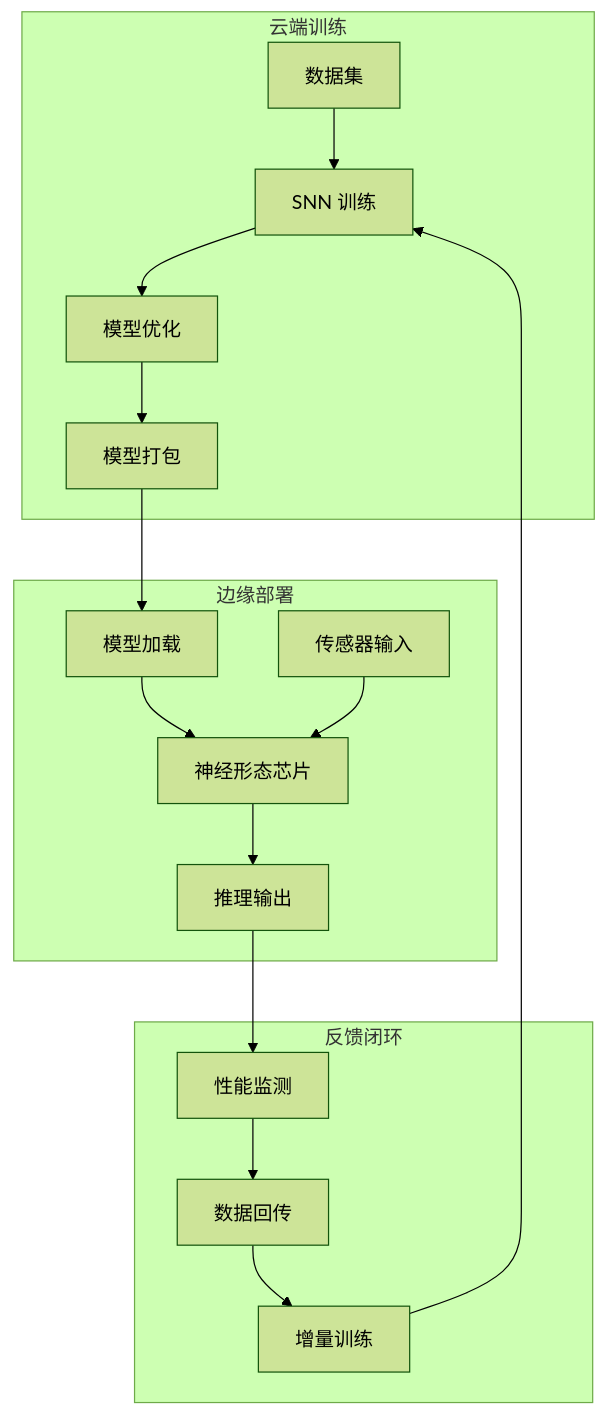
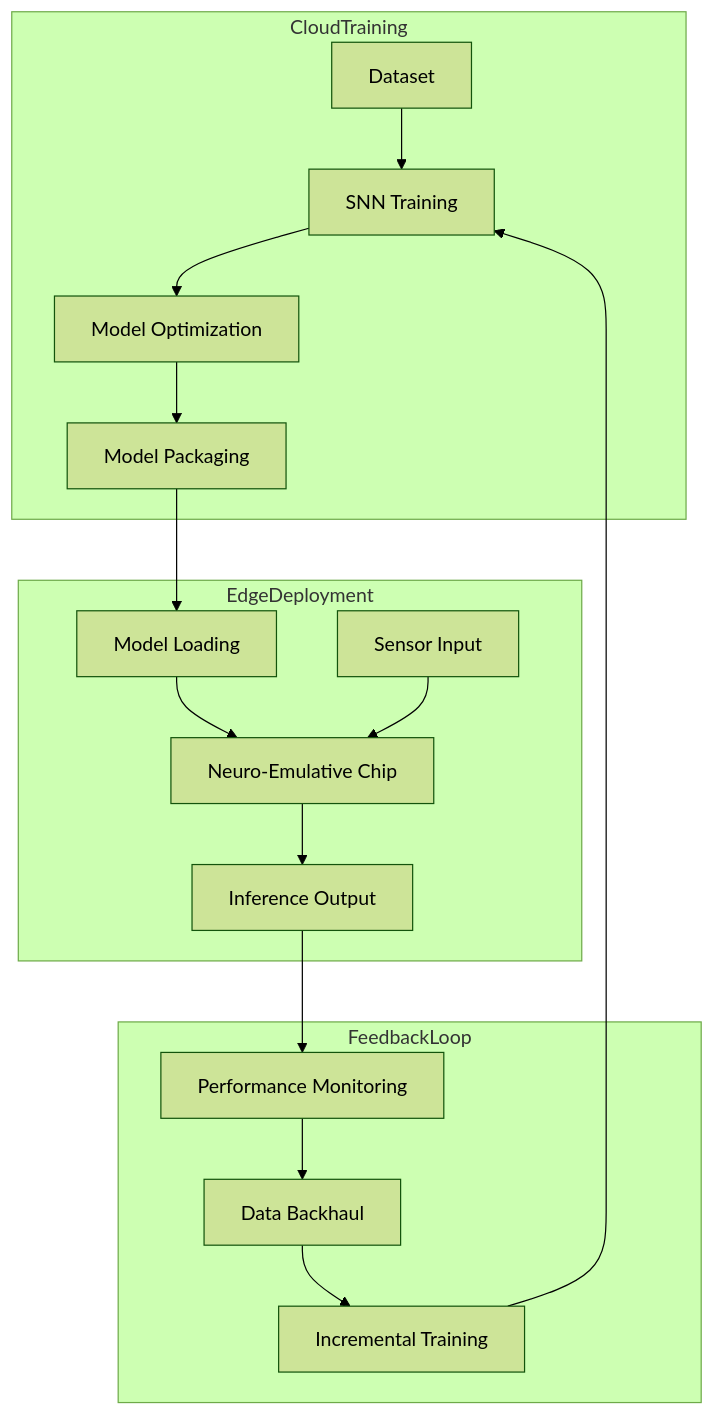
Before and after one commit to teaglebuilt/knowledge-tree: the third of 3 diagrams in tree/application/architecture/neuromorphic-computing.md, drawn with Mermaid (forest theme). The commit also changed other lines of this file and 6 other files, not shown here.

````diff
--- a/tree/application/architecture/neuromorphic-computing.md
+++ b/tree/application/architecture/neuromorphic-computing.md
@@ -168,27 +168,27 @@
 ```mermaid
 graph TB
-    subgraph 云端训练
-        C1[数据集]
-        C2[SNN 训练]
-        C3[模型优化]
-        C4[模型打包]
+    subgraph CloudTraining
+        C1[Dataset]
+        C2[SNN Training]
+        C3[Model Optimization]
+        C4[Model Packaging]
     end
 
-    subgraph 边缘部署
-        E1[模型加载]
-        E2[神经形态芯片]
-        E3[传感器输入]
-        E4[推理输出]
+    subgraph EdgeDeployment
+        E1[Model Loading]
+        E2[Neuro-Emulative Chip]
+        E3[Sensor Input]
+        E4[Inference Output]
     end
 
-    subgraph 反馈闭环
-        F1[性能监测]
-        F2[数据回传]
-        F3[增量训练]
+    subgraph FeedbackLoop
+        F1[Performance Monitoring]
+        F2[Data Backhaul]
+        F3[Incremental Training]
     end
 
     C1 --> C2 --> C3 --> C4
     C4 --> E1 --> E2
     E3 --> E2 --> E4
     E4 --> F1 --> F2 --> F3 --> C2
 ```
````
